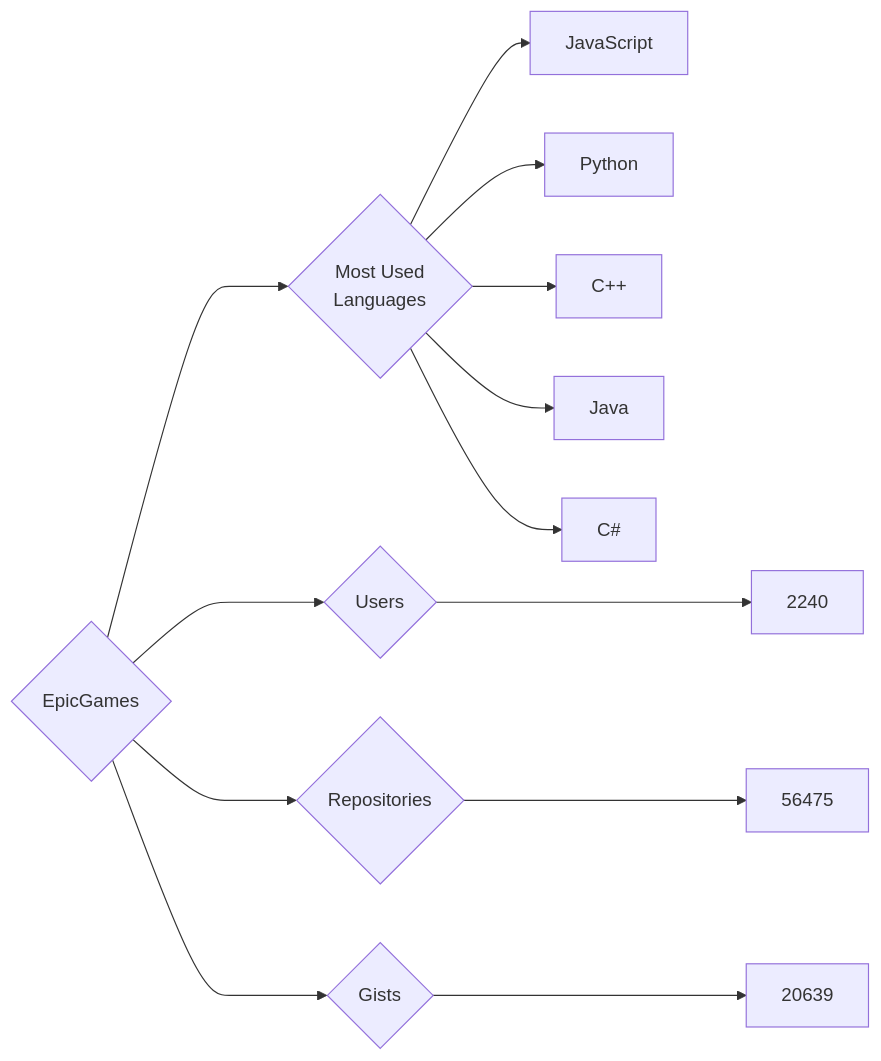
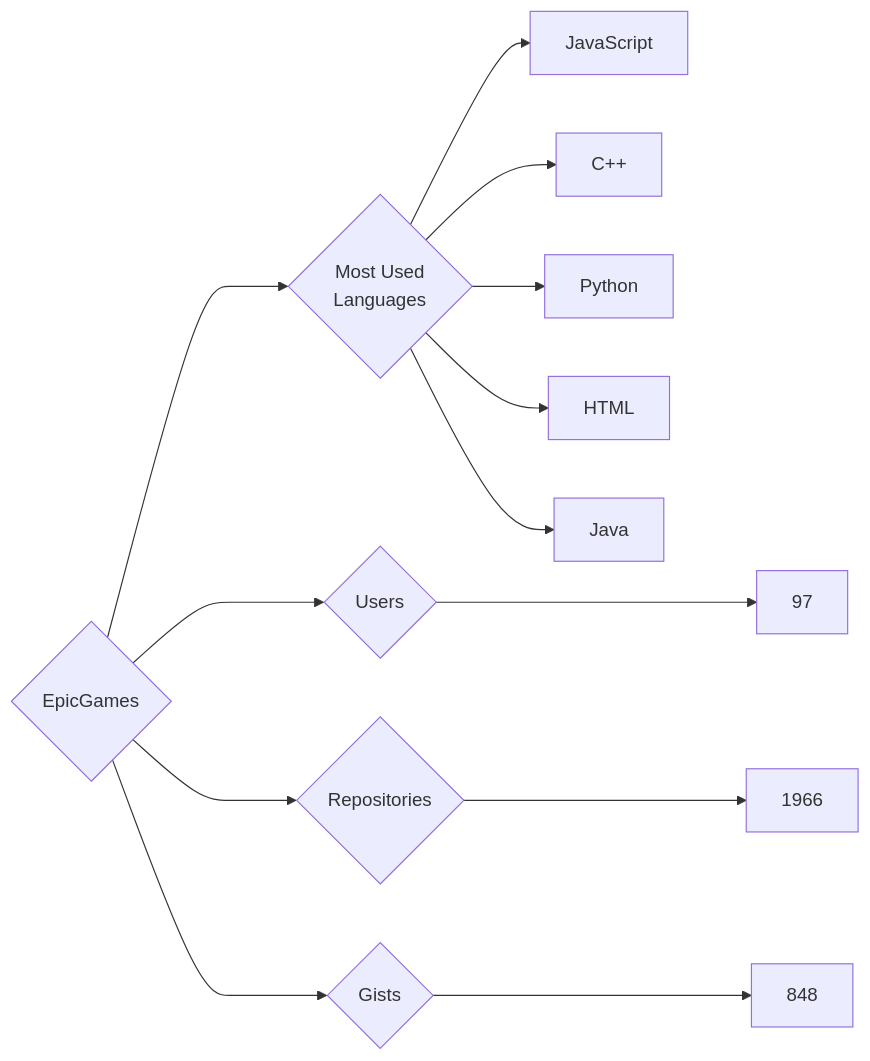
The diagram in targets/EpicGames/README.md (trickest/insiders), drawn with Mermaid before and after one commit. The commit also changed 786 other files, not shown here.

````diff
--- a/targets/EpicGames/README.md
+++ b/targets/EpicGames/README.md
@@ -3,13 +3,13 @@
 ```mermaid
 graph LR
 COMPANY_NAME{EpicGames}
-COMPANY_NAME ---> U{Users} ---> UN[2240]
-COMPANY_NAME ---> R{Repositories} ---> RN[56475]
-COMPANY_NAME ---> G{Gists} ---> GN[20639]
+COMPANY_NAME ---> U{Users} ---> UN[97]
+COMPANY_NAME ---> R{Repositories} ---> RN[1966]
+COMPANY_NAME ---> G{Gists} ---> GN[848]
 COMPANY_NAME ---> ML{Most Used<br>Languages}
 ML --> JavaScript[JavaScript]
+ML --> C++[C++]
 ML --> Python[Python]
-ML --> C++[C++]
+ML --> HTML[HTML]
 ML --> Java[Java]
-ML --> C#[C#]
 ```
````
